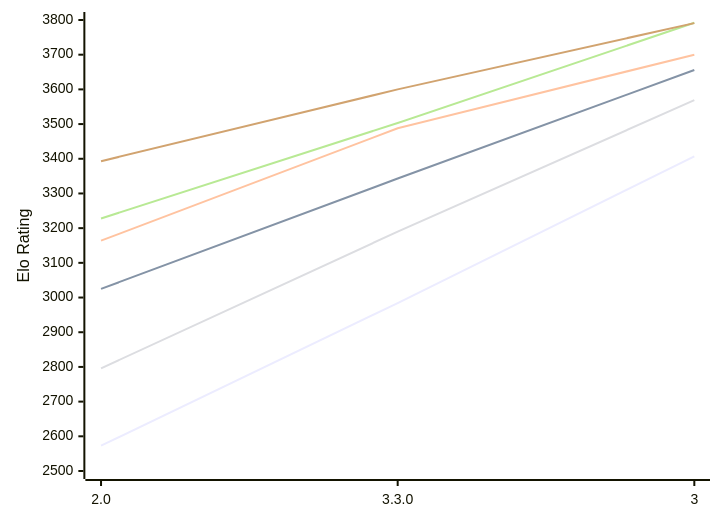
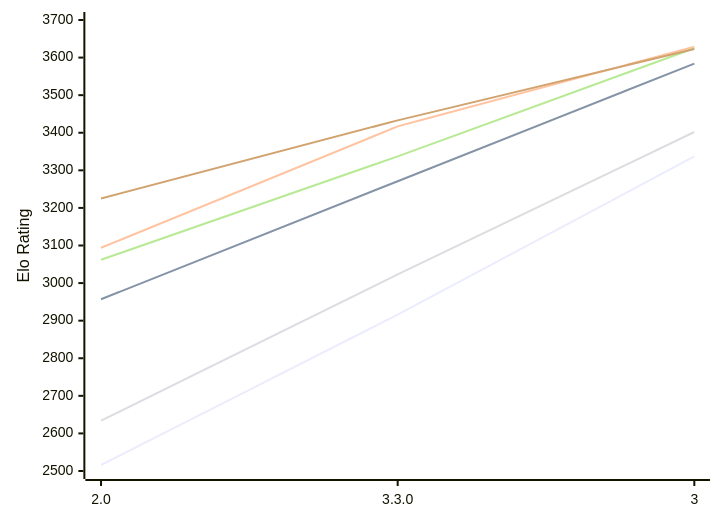
Before and after one commit to computer-chess-index/cci: the diagram in engines/Ravager.md, drawn with Mermaid. The commit also changed other lines of this file, not shown here.

Commit message:
Update CCI Ratings (ELO VLTC) - 2026-11-13

````diff
--- a/engines/Ravager.md
+++ b/engines/Ravager.md
@@ -51,12 +51,12 @@
 ```mermaid
 %%{init: {"theme":"base","themeVariables":{"seriesColors:['#a3a3a3','#222221','#faa371']}}}%%
 xychart-beta
   x-axis ["2.0", "3.3.0", "3"]
-  y-axis "Elo Rating" 2500 --> 3800
-  line "E1: STC (8.0+0.08s)" [2573, 2984, 3407]
-  line "E1: LTC (60.0+0.60s)" [3025, 3343, 3656]
-  line "E1: VLTC (2m24s+1.12s)" [3164, 3488, 3700]
-  line "P1: STC (8.0+0.08s)" [2796, 3190, 3569]
-  line "P1: LTC (60.0+0.60s)" [3228, 3503, 3792]
-  line "P1: VLTC (2m24s+1.12s)" [3393, 3600, 3791]
+  y-axis "Elo Rating" 2500 --> 3700
+  line "E1: STC (8.0+0.08s)" [2516, 2916, 3337]
+  line "E1: LTC (60.0+0.60s)" [2957, 3271, 3584]
+  line "E1: VLTC (2m24s+1.12s)" [3094, 3417, 3629]
+  line "P1: STC (8.0+0.08s)" [2634, 3023, 3402]
+  line "P1: LTC (60.0+0.60s)" [3062, 3337, 3625]
+  line "P1: VLTC (2m24s+1.12s)" [3225, 3433, 3623]
 ```
````
